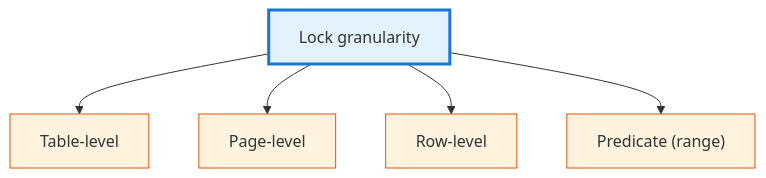
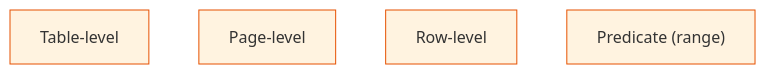
One commit to ufdatastudio/cop5725fa26 changed the seventh of 8 diagrams in lecture-outlines/day37-two-phase-locking/slides.md. Above: the diagram before and after it, drawn with Mermaid. The commit also changed other lines of this file and 50 other files, not shown here.

````diff
--- a/lecture-outlines/day37-two-phase-locking/slides.md
+++ b/lecture-outlines/day37-two-phase-locking/slides.md
@@ -338,12 +350,9 @@
 ```mermaid
 graph TB
-  L["Lock granularity"]
-  L --> Table["Table-level"]
-  L --> Page["Page-level"]
-  L --> Row["Row-level"]
-  L --> Pred["Predicate (range)"]
-  classDef root fill:#e3f2fd,stroke:#1976d2,stroke-width:3px
+  Table["Table-level"]
+  Page["Page-level"]
+  Row["Row-level"]
+  Pred["Predicate (range)"]
   classDef opt fill:#fff3e0,stroke:#e65100
-  class L root
   class Table,Page,Row,Pred opt
 ```
````
